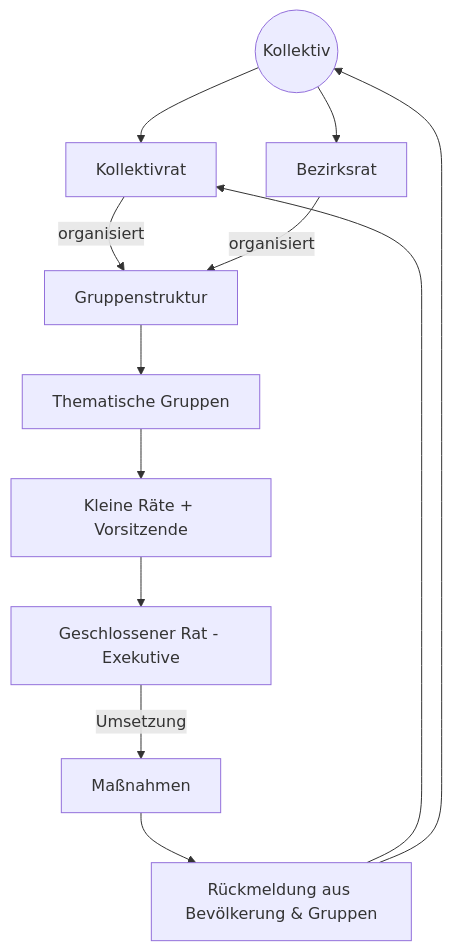
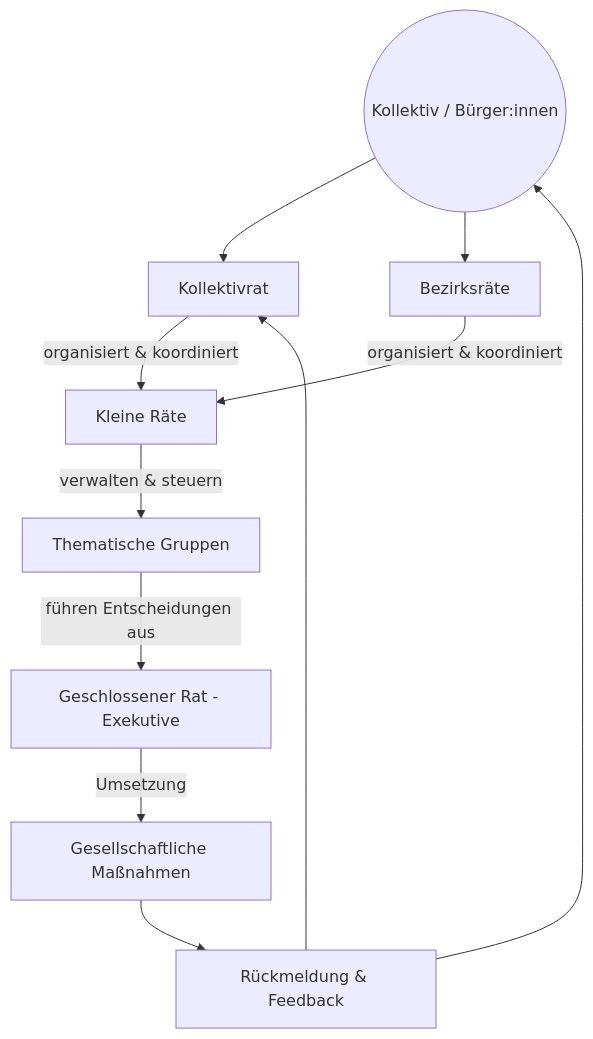
The first of 3 diagrams in Meta_und_Systemstruktur/09_Visualisierung_der_Systemlogik.md (hades-dux/Kollektive-Raeterepublik), drawn with Mermaid before and after one commit. The commit also changed other lines of this file, not shown here.

Commit message:
Systemlogik überarbeitet: Struktur an Grunddokumente angepasst, Gruppen- und Ratsebene klar getrennt, Mermaid-Diagramme überarbeitet

````diff
--- a/Meta_und_Systemstruktur/09_Visualisierung_der_Systemlogik.md
+++ b/Meta_und_Systemstruktur/09_Visualisierung_der_Systemlogik.md
@@ -26,14 +26,13 @@
 ```mermaid
 graph TD
-    Kollektiv((Kollektiv)) --> Kollektivrat[Kollektivrat]
-    Kollektiv --> Bezirksrat[Bezirksrat]
-    Kollektivrat -->|organisiert| Gruppenstruktur
-    Bezirksrat -->|organisiert| Gruppenstruktur
-    Gruppenstruktur --> Gruppen[Thematische Gruppen]
-    Gruppen --> KleineRaete[Kleine Räte + Vorsitzende]
-   KleineRaete --> GeschlossenerRat[Geschlossener Rat - Exekutive]
-    GeschlossenerRat -->|Umsetzung| Maßnahmen
-    Maßnahmen --> Rückkopplung[Rückmeldung aus Bevölkerung & Gruppen]
+    Kollektiv((Kollektiv / Bürger:innen)) --> Kollektivrat[Kollektivrat]
+    Kollektiv --> Bezirksrat[Bezirksräte]
+    Kollektivrat -->|organisiert & koordiniert| KleineRaete[Kleine Räte]
+    Bezirksrat -->|organisiert & koordiniert| KleineRaete
+    KleineRaete -->|verwalten & steuern| Gruppenstruktur[Thematische Gruppen]
+    Gruppenstruktur -->|führen Entscheidungen aus| GeschlossenerRat[Geschlossener Rat - Exekutive]
+    GeschlossenerRat -->|Umsetzung| Maßnahmen[Gesellschaftliche Maßnahmen]
+    Maßnahmen --> Rückkopplung[Rückmeldung & Feedback]
+    Rückkopplung --> Kollektiv
     Rückkopplung --> Kollektivrat
-    Rückkopplung --> Kollektiv
 ```
````
